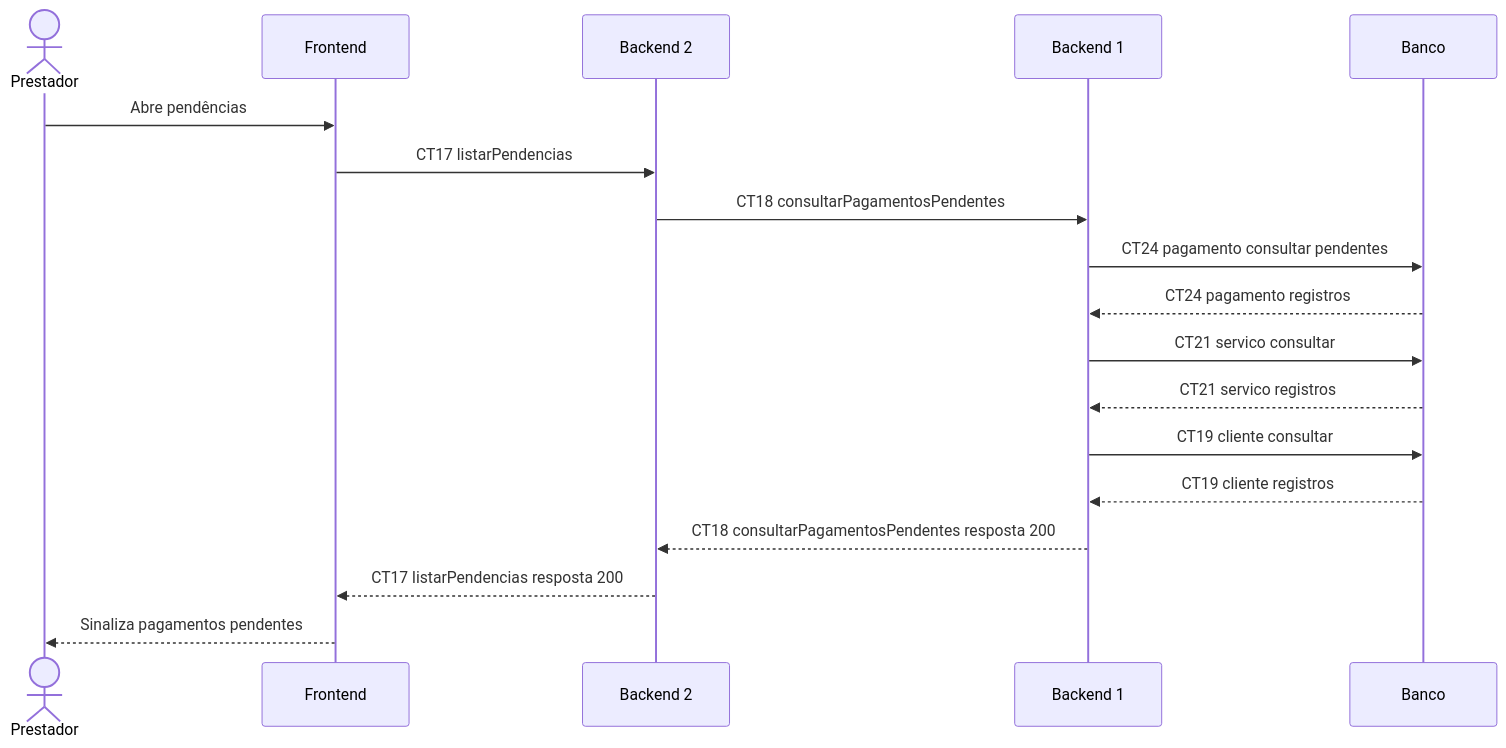
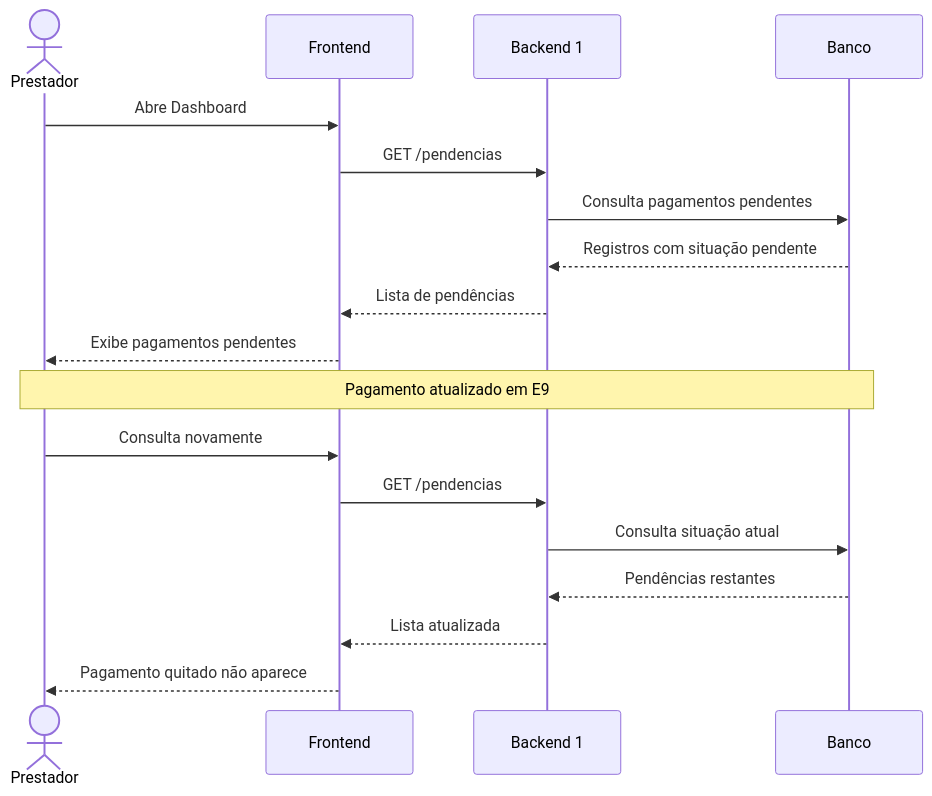
Before and after one commit to vnsete/pi4-0102-g3-frontend: the diagram in pi4-0102-g3-frontend/docs/fluxos/E10.md, drawn with Mermaid. The commit also changed other lines of this file, not shown here.

````diff
--- a/pi4-0102-g3-frontend/docs/fluxos/E10.md
+++ b/pi4-0102-g3-frontend/docs/fluxos/E10.md
@@ -18,20 +21,21 @@
 ```mermaid
 sequenceDiagram
     actor P as Prestador
     participant F as Frontend
-    participant B2 as Backend 2
     participant B1 as Backend 1
     participant DB as Banco
-    P->>F: Abre pendências
-    F->>B2: CT17 listarPendencias
-    B2->>B1: CT18 consultarPagamentosPendentes
-    B1->>DB: CT24 pagamento consultar pendentes
-    DB-->>B1: CT24 pagamento registros
-    B1->>DB: CT21 servico consultar
-    DB-->>B1: CT21 servico registros
-    B1->>DB: CT19 cliente consultar
-    DB-->>B1: CT19 cliente registros
-    B1-->>B2: CT18 consultarPagamentosPendentes resposta 200
-    B2-->>F: CT17 listarPendencias resposta 200
-    F-->>P: Sinaliza pagamentos pendentes
+
+    P->>F: Abre Dashboard
+    F->>B1: GET /pendencias
+    B1->>DB: Consulta pagamentos pendentes
+    DB-->>B1: Registros com situação pendente
+    B1-->>F: Lista de pendências
+    F-->>P: Exibe pagamentos pendentes
+    Note over P,DB: Pagamento atualizado em E9
+    P->>F: Consulta novamente
+    F->>B1: GET /pendencias
+    B1->>DB: Consulta situação atual
+    DB-->>B1: Pendências restantes
+    B1-->>F: Lista atualizada
+    F-->>P: Pagamento quitado não aparece
 ```
````
